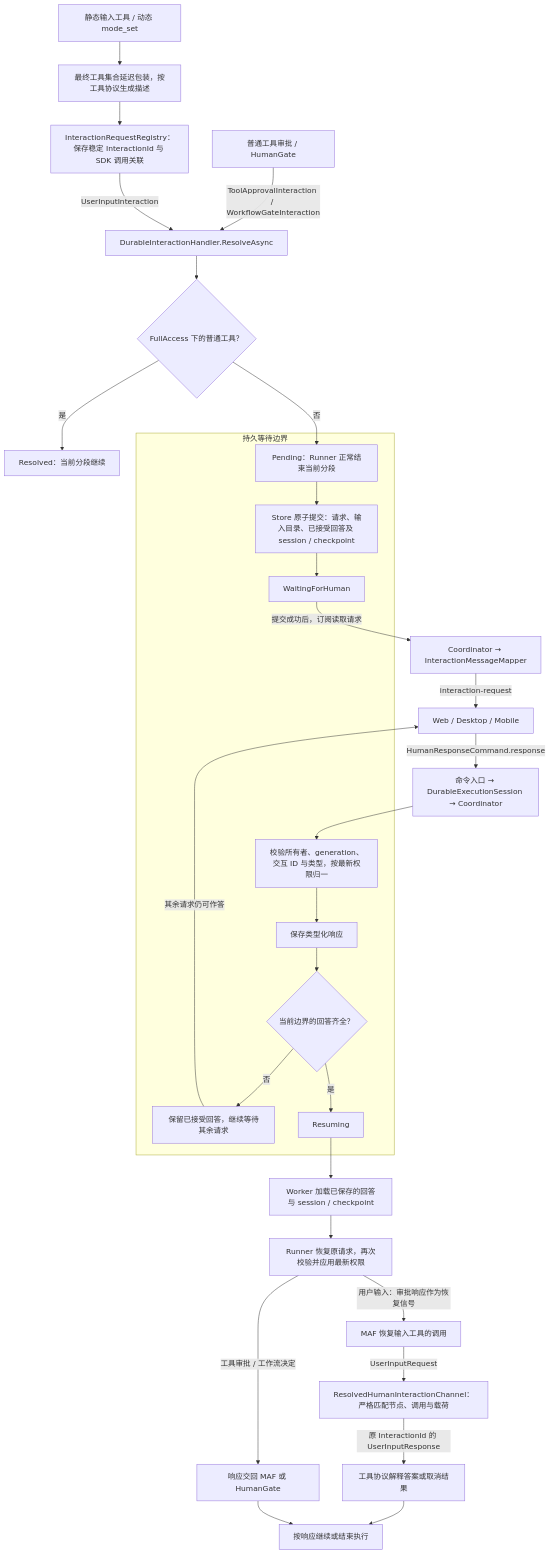
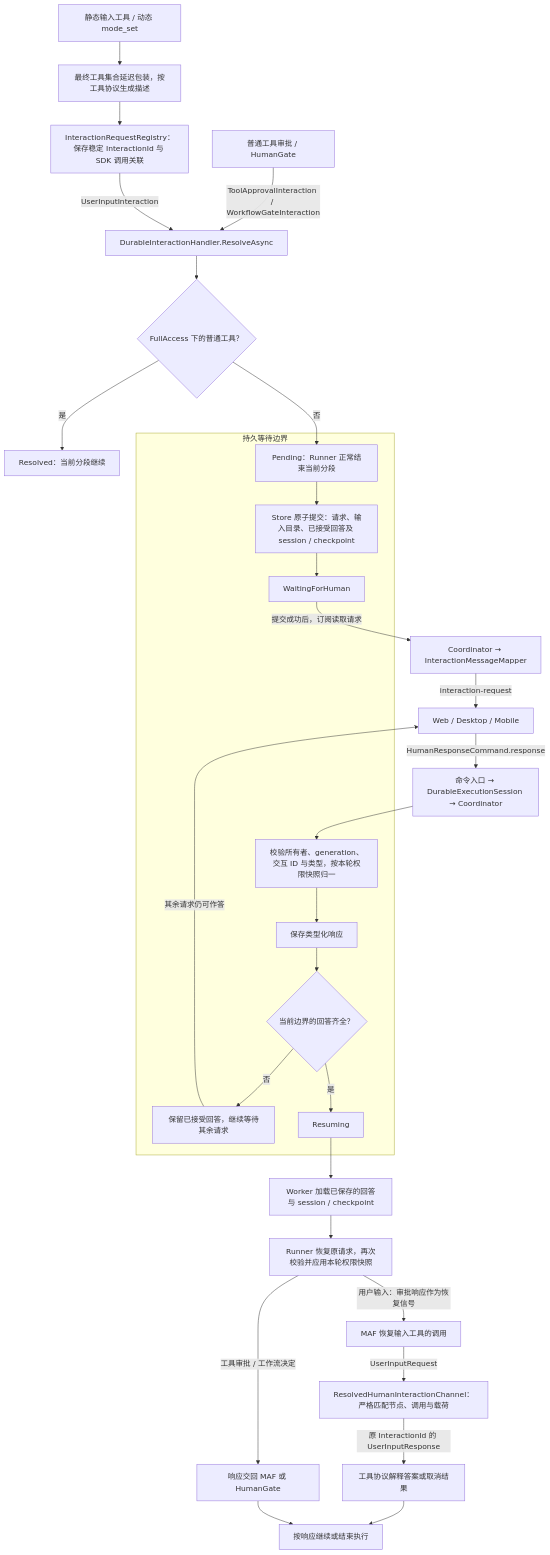
The second of 2 diagrams in src/server/Agw.Agents.Execution/HumanInteraction/README.md (zxyao145/agw), drawn with Mermaid before and after one commit. The commit also changed 34 other files, not shown here.

````diff
--- a/src/server/Agw.Agents.Execution/HumanInteraction/README.md
+++ b/src/server/Agw.Agents.Execution/HumanInteraction/README.md
@@ -58,34 +58,34 @@
 ```mermaid
 flowchart TB
     inputTool["静态输入工具 / 动态 mode_set"] --> describe["最终工具集合延迟包装，按工具协议生成描述"]
     describe --> catalog["InteractionRequestRegistry：保存稳定 InteractionId 与 SDK 调用关联"]
     catalog -->|"UserInputInteraction"| resolve["DurableInteractionHandler.ResolveAsync"]
     runtime["普通工具审批 / HumanGate"] -->|"ToolApprovalInteraction / WorkflowGateInteraction"| resolve
     resolve --> automatic{"FullAccess 下的普通工具？"}
     automatic -->|"是"| resolved["Resolved：当前分段继续"]
     automatic -->|"否"| pending["Pending：Runner 正常结束当前分段"]
 
     subgraph persistedBoundary["持久等待边界"]
         pending --> commit["Store 原子提交：请求、输入目录、已接受回答及 session / checkpoint"]
         commit --> waiting["WaitingForHuman"]
-        accept["校验所有者、generation、交互 ID 与类型，按最新权限归一"] --> save["保存类型化响应"]
+        accept["校验所有者、generation、交互 ID 与类型，按本轮权限快照归一"] --> save["保存类型化响应"]
         save --> allAnswered{"当前边界的回答齐全？"}
         allAnswered -->|"否"| remaining["保留已接受回答，继续等待其余请求"]
         allAnswered -->|"是"| resuming["Resuming"]
     end
 
     waiting -->|"提交成功后，订阅读取请求"| project["Coordinator → InteractionMessageMapper"]
     project -->|"interaction-request"| client["Web / Desktop / Mobile"]
     remaining -->|"其余请求仍可作答"| client
     client -->|"HumanResponseCommand.response"| command["命令入口 → DurableExecutionSession → Coordinator"]
     command --> accept
 
     resuming --> worker["Worker 加载已保存的回答与 session / checkpoint"]
-    worker --> restore["Runner 恢复原请求，再次校验并应用最新权限"]
+    worker --> restore["Runner 恢复原请求，再次校验并应用本轮权限快照"]
     restore -->|"工具审批 / 工作流决定"| execution["响应交回 MAF 或 HumanGate"]
     restore -->|"用户输入：审批响应作为恢复信号"| resumeInput["MAF 恢复输入工具的调用"]
     resumeInput -->|"UserInputRequest"| channel["ResolvedHumanInteractionChannel：严格匹配节点、调用与载荷"]
     channel -->|"原 InteractionId 的 UserInputResponse"| protocol["工具协议解释答案或取消结果"]
     execution --> outcome["按响应继续或结束执行"]
     protocol --> outcome
 ```
````
